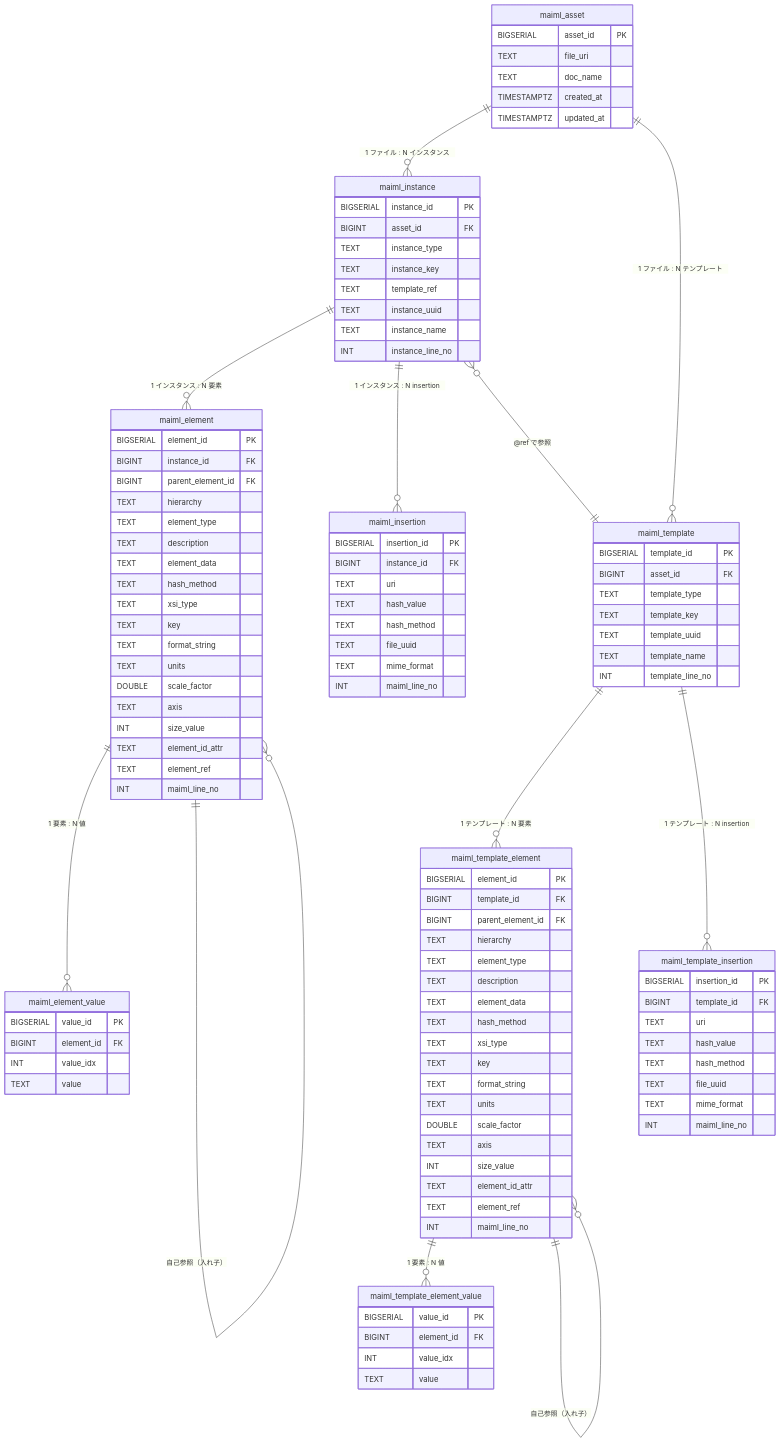
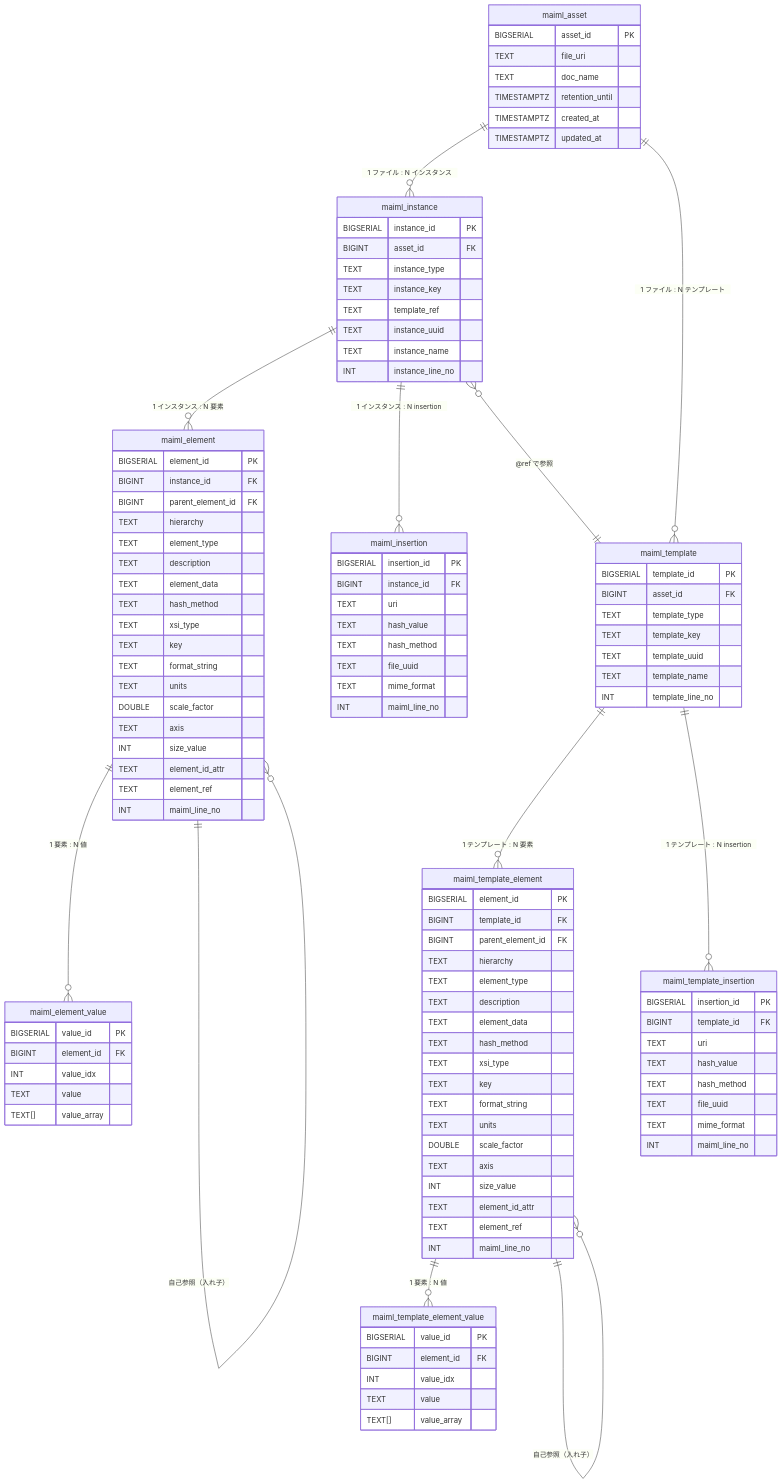
One commit to HisashiShimada/AlcheMia_Prod_PH2 changed the diagram in docs/MaiML_OpenData_Pipeline/db.md. Above: the diagram before and after it, drawn with Mermaid. The commit also changed other lines of this file and 31 other files, not shown here.

```diff
--- a/docs/MaiML_OpenData_Pipeline/db.md
+++ b/docs/MaiML_OpenData_Pipeline/db.md
@@ -74,6 +98,7 @@
         BIGSERIAL asset_id PK
         TEXT file_uri
         TEXT doc_name
+        TIMESTAMPTZ retention_until
         TIMESTAMPTZ created_at
         TIMESTAMPTZ updated_at
     }
@@ -112,6 +137,7 @@
         BIGINT element_id FK
         INT value_idx
         TEXT value
+        TEXT[] value_array
     }
     maiml_insertion {
         BIGSERIAL insertion_id PK
@@ -157,6 +183,7 @@
         BIGINT element_id FK
         INT value_idx
         TEXT value
+        TEXT[] value_array
     }
     maiml_template_insertion {
         BIGSERIAL insertion_id PK
```
